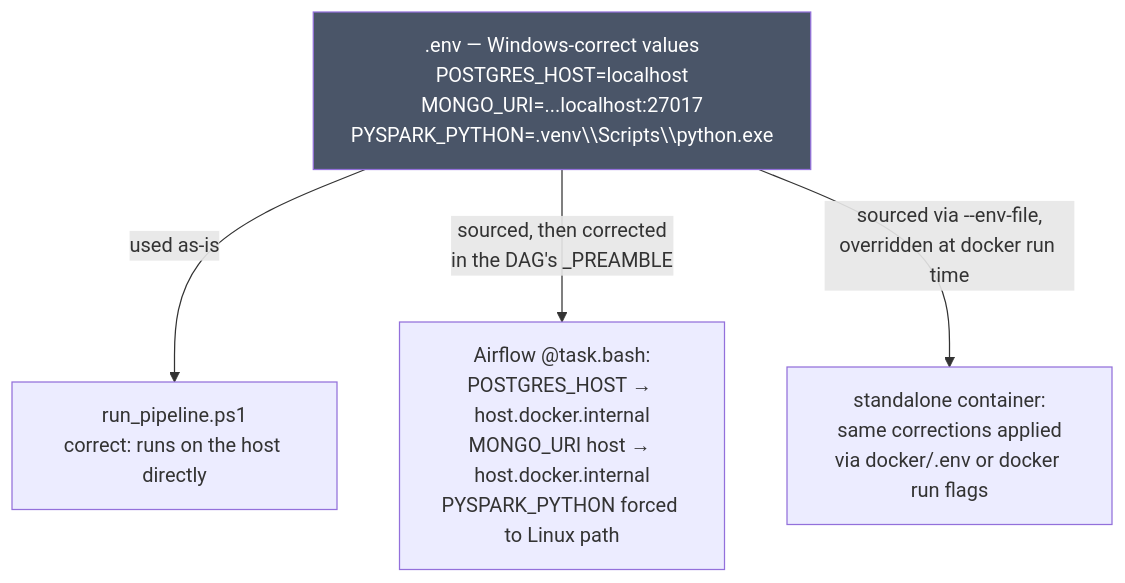
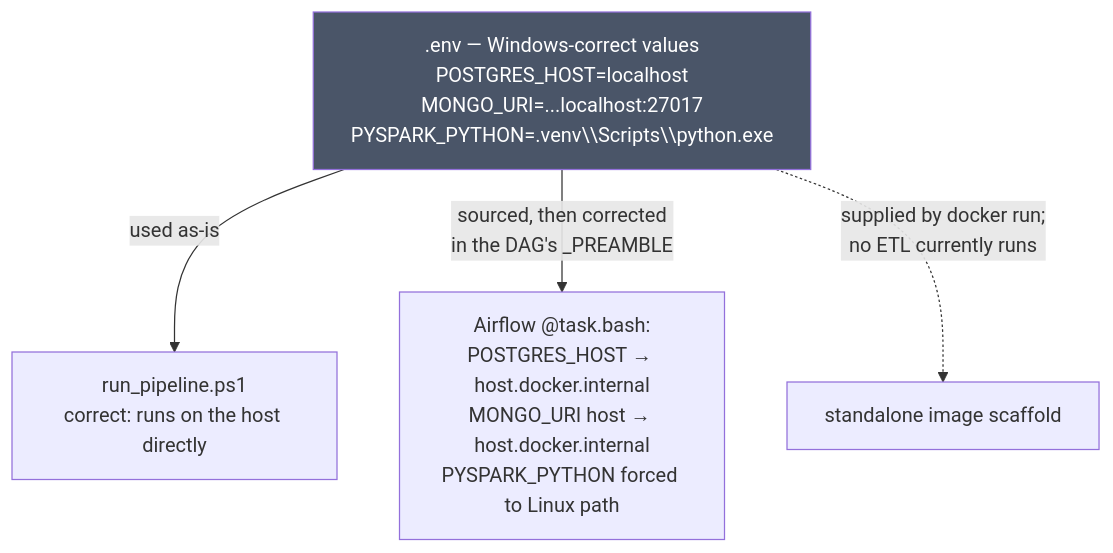
Before and after one commit to Nitinx12/Walmart_DBT: the eighth of 10 diagrams in docs/ARCHITECTURE.md, drawn with Mermaid. The commit also changed other lines of this file and 2 other files, not shown here.

````diff
--- a/docs/ARCHITECTURE.md
+++ b/docs/ARCHITECTURE.md
@@ -304,12 +310,12 @@
 ```mermaid
 flowchart TD
     ENV[".env — Windows-correct values<br/>POSTGRES_HOST=localhost<br/>MONGO_URI=...localhost:27017<br/>PYSPARK_PYTHON=.venv\\Scripts\\python.exe"]
 
     ENV -->|"used as-is"| WIN["run_pipeline.ps1<br/>correct: runs on the host directly"]
 
     ENV -->|"sourced, then corrected<br/>in the DAG's _PREAMBLE"| AF["Airflow @task.bash:<br/>POSTGRES_HOST → host.docker.internal<br/>MONGO_URI host → host.docker.internal<br/>PYSPARK_PYTHON forced to Linux path"]
 
-    ENV -->|"sourced via --env-file,<br/>overridden at docker run time"| STANDALONE["standalone container:<br/>same corrections applied<br/>via docker/.env or docker run flags"]
+    ENV -. "supplied by docker run;<br/>no ETL currently runs" .-> STANDALONE["standalone image scaffold"]
 
     style ENV fill:#4a5568,color:#fff
 ```
````
